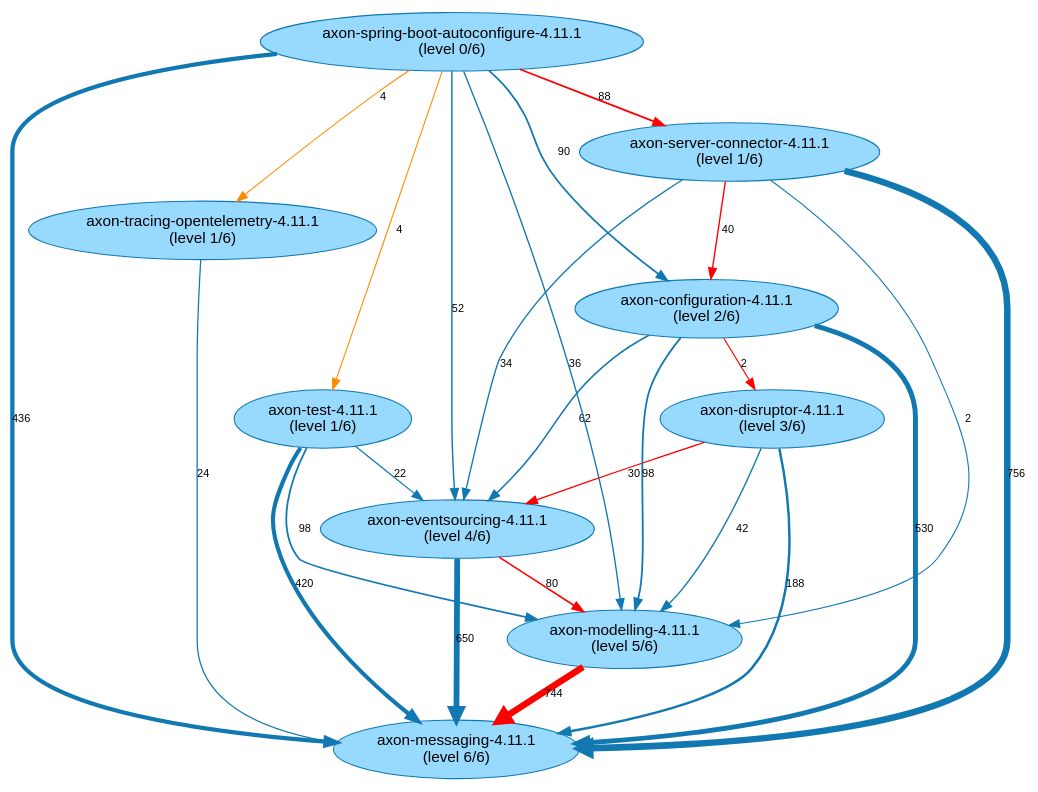
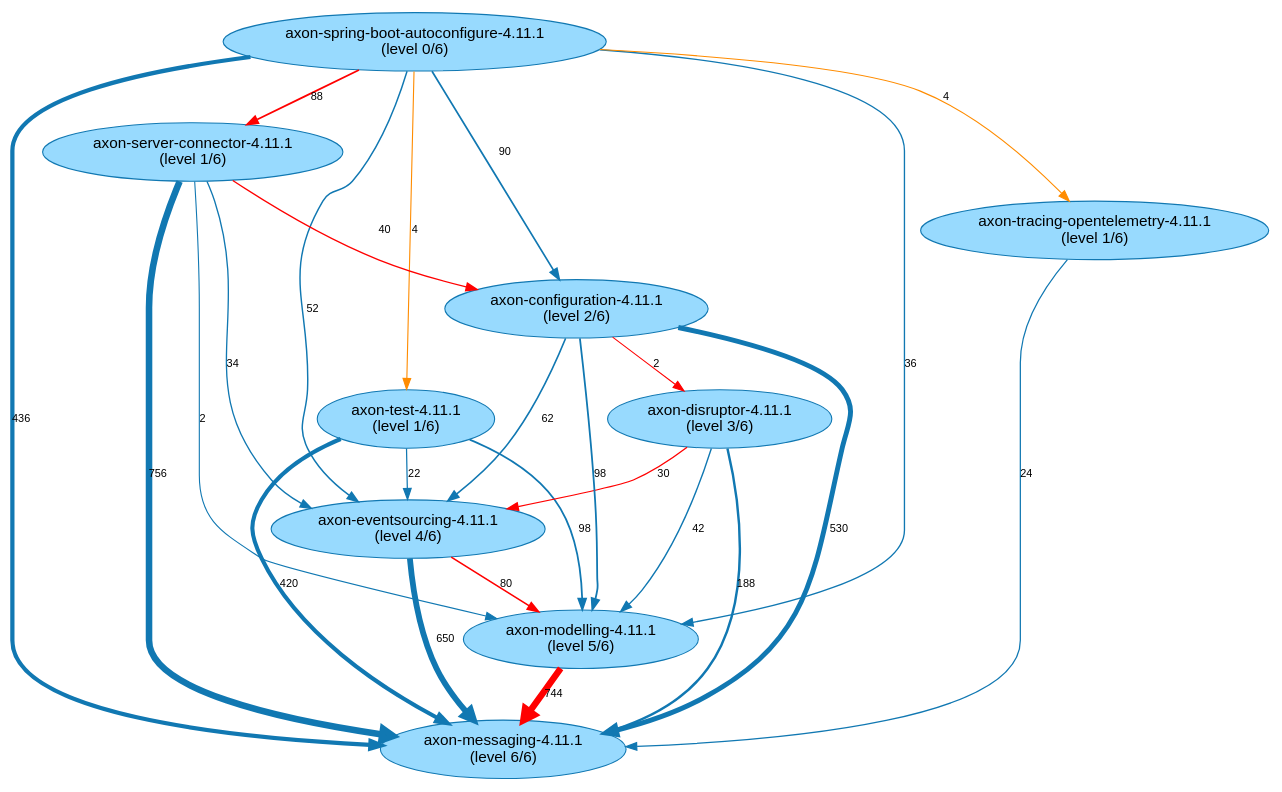
Before and after one commit to JohT/code-graph-analysis-examples: the diagram in analysis-results/AxonFramework/latest/path-finding-visualization/JavaArtifactLongestPaths.gv, drawn with Graphviz. The commit also changed other lines of this file and 331 other files, not shown here.

```diff
--- a/analysis-results/AxonFramework/latest/path-finding-visualization/JavaArtifactLongestPaths.gv
+++ b/analysis-results/AxonFramework/latest/path-finding-visualization/JavaArtifactLongestPaths.gv
@@ -1,37 +1,37 @@
 // This GraphViz dot file was generated by the script convertQueryResultCsvToGraphVizDotFile.sh with default.template
 
 strict digraph JavaArtifactLongestPaths {
     fontname = "Helvetica,Arial,sans-serif";
     node [fontname = "Helvetica,Arial,sans-serif";];
     edge [fontname = "Helvetica,Arial,sans-serif"; fontsize = 10;];
     node [style = filled; fillcolor = "0.560 0.400 0.999";];
     node [color = "0.560 0.900 0.700";];
     edge [color = "0.560 0.900 0.700";];
 	"axon-eventsourcing-4.11.1\n(level 4/6)" -> "axon-messaging-4.11.1\n(level 6/6)" [label=650; penwidth=5.3; ];
 	"axon-eventsourcing-4.11.1\n(level 4/6)" -> "axon-modelling-4.11.1\n(level 5/6)" [label=80; penwidth=1.52; color="red"; ];
 	"axon-test-4.11.1\n(level 1/6)" -> "axon-messaging-4.11.1\n(level 6/6)" [label=420; penwidth=3.77; ];
 	"axon-test-4.11.1\n(level 1/6)" -> "axon-modelling-4.11.1\n(level 5/6)" [label=98; penwidth=1.64; ];
 	"axon-test-4.11.1\n(level 1/6)" -> "axon-eventsourcing-4.11.1\n(level 4/6)" [label=22; penwidth=1.13; ];
 	"axon-disruptor-4.11.1\n(level 3/6)" -> "axon-messaging-4.11.1\n(level 6/6)" [label=188; penwidth=2.23; ];
 	"axon-disruptor-4.11.1\n(level 3/6)" -> "axon-modelling-4.11.1\n(level 5/6)" [label=42; penwidth=1.27; ];
 	"axon-disruptor-4.11.1\n(level 3/6)" -> "axon-eventsourcing-4.11.1\n(level 4/6)" [label=30; penwidth=1.19; color="red"; ];
 	"axon-configuration-4.11.1\n(level 2/6)" -> "axon-messaging-4.11.1\n(level 6/6)" [label=530; penwidth=4.5; ];
 	"axon-configuration-4.11.1\n(level 2/6)" -> "axon-eventsourcing-4.11.1\n(level 4/6)" [label=62; penwidth=1.4; ];
 	"axon-configuration-4.11.1\n(level 2/6)" -> "axon-modelling-4.11.1\n(level 5/6)" [label=98; penwidth=1.64; ];
 	"axon-configuration-4.11.1\n(level 2/6)" -> "axon-disruptor-4.11.1\n(level 3/6)" [label=2; penwidth=1.0; color="red"; ];
 	"axon-modelling-4.11.1\n(level 5/6)" -> "axon-messaging-4.11.1\n(level 6/6)" [label=744; penwidth=5.92; color="red"; ];
+	"axon-spring-boot-autoconfigure-4.11.1\n(level 0/6)" -> "axon-messaging-4.11.1\n(level 6/6)" [label=436; penwidth=3.88; ];
 	"axon-spring-boot-autoconfigure-4.11.1\n(level 0/6)" -> "axon-eventsourcing-4.11.1\n(level 4/6)" [label=52; penwidth=1.33; ];
-	"axon-spring-boot-autoconfigure-4.11.1\n(level 0/6)" -> "axon-messaging-4.11.1\n(level 6/6)" [label=436; penwidth=3.88; ];
+	"axon-spring-boot-autoconfigure-4.11.1\n(level 0/6)" -> "axon-modelling-4.11.1\n(level 5/6)" [label=36; penwidth=1.23; ];
 	"axon-spring-boot-autoconfigure-4.11.1\n(level 0/6)" -> "axon-configuration-4.11.1\n(level 2/6)" [label=90; penwidth=1.58; ];
-	"axon-spring-boot-autoconfigure-4.11.1\n(level 0/6)" -> "axon-modelling-4.11.1\n(level 5/6)" [label=36; penwidth=1.23; ];
-	"axon-spring-boot-autoconfigure-4.11.1\n(level 0/6)" -> "axon-tracing-opentelemetry-4.11.1\n(level 1/6)" [label=4; penwidth=1.01; ];
 	"axon-spring-boot-autoconfigure-4.11.1\n(level 0/6)" -> "axon-server-connector-4.11.1\n(level 1/6)" [label=88; penwidth=1.57; color="red"; ];
 	"axon-spring-boot-autoconfigure-4.11.1\n(level 0/6)" -> "axon-test-4.11.1\n(level 1/6)" [label=4; penwidth=1.01; ];
+	"axon-spring-boot-autoconfigure-4.11.1\n(level 0/6)" -> "axon-tracing-opentelemetry-4.11.1\n(level 1/6)" [label=4; penwidth=1.01; ];
 	"axon-server-connector-4.11.1\n(level 1/6)" -> "axon-messaging-4.11.1\n(level 6/6)" [label=756; penwidth=6.0; ];
 	"axon-server-connector-4.11.1\n(level 1/6)" -> "axon-configuration-4.11.1\n(level 2/6)" [label=40; penwidth=1.25; color="red"; ];
 	"axon-server-connector-4.11.1\n(level 1/6)" -> "axon-eventsourcing-4.11.1\n(level 4/6)" [label=34; penwidth=1.21; ];
 	"axon-server-connector-4.11.1\n(level 1/6)" -> "axon-modelling-4.11.1\n(level 5/6)" [label=2; penwidth=1.0; ];
 	"axon-tracing-opentelemetry-4.11.1\n(level 1/6)" -> "axon-messaging-4.11.1\n(level 6/6)" [label=24; penwidth=1.15; ];
 	"axon-spring-boot-autoconfigure-4.11.1\n(level 0/6)" -> "axon-test-4.11.1\n(level 1/6)" [label=4; penwidth=1.01; color="darkorange"; ];
 	"axon-spring-boot-autoconfigure-4.11.1\n(level 0/6)" -> "axon-tracing-opentelemetry-4.11.1\n(level 1/6)" [label=4; penwidth=1.01; color="darkorange"; ];
 }
```
